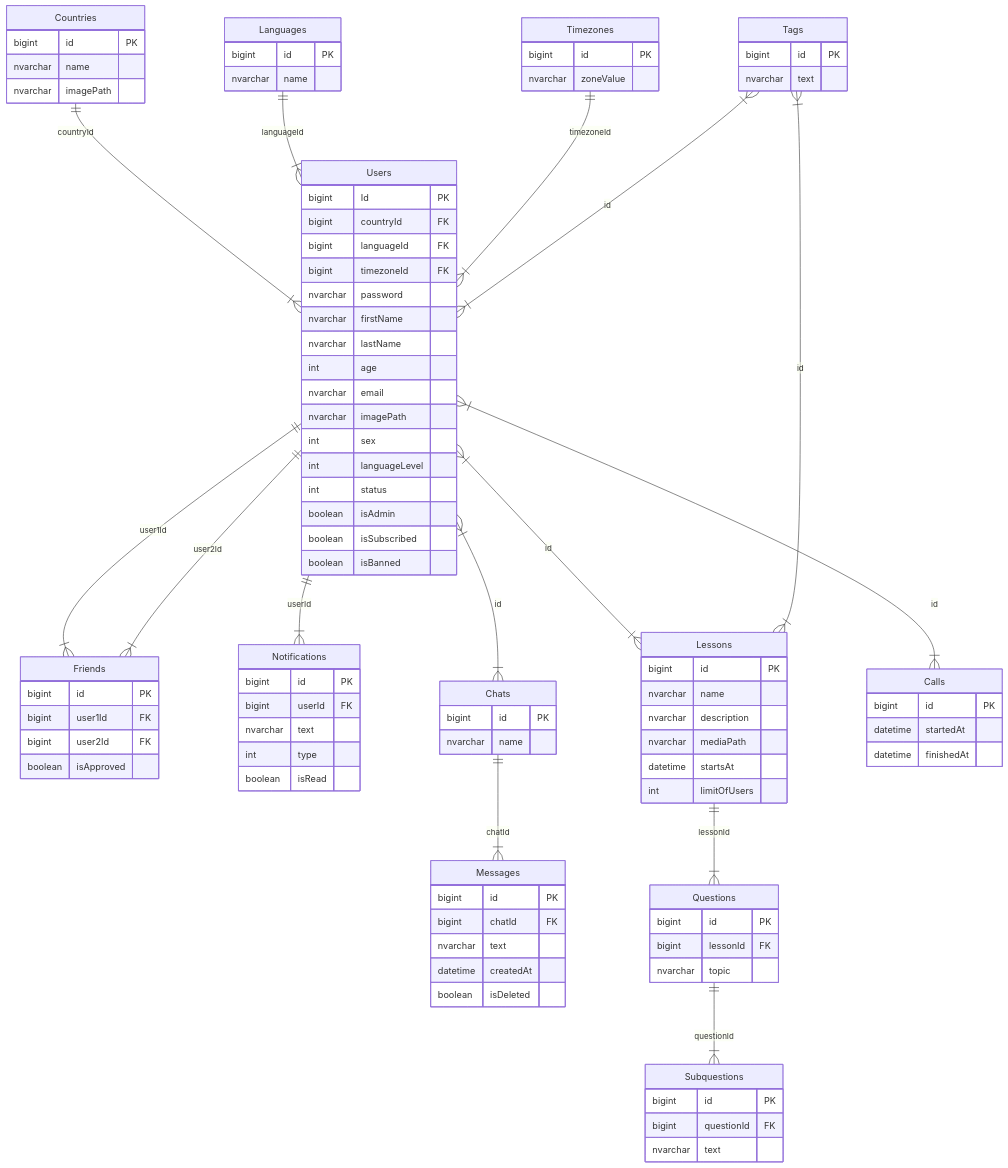
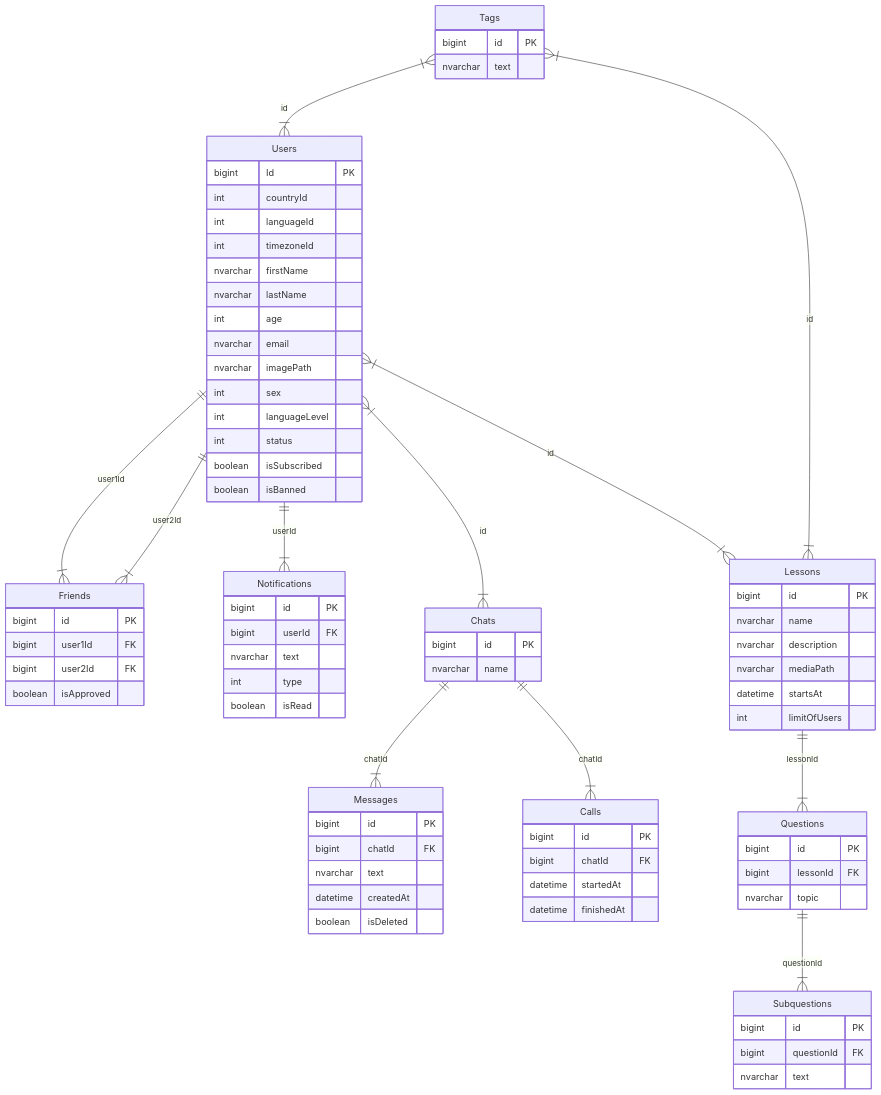
One commit to BinaryStudioAcademy/bsa-winter-2022-2023-easyspeak changed the diagram in README.md. Above: the diagram before and after it, drawn with Mermaid.

Commit message:
Schema updated: countries, timezones, languages tables deleted; password and isAdmin fields are deleted from user table; connections in calls with chat created

```diff
--- a/README.md
+++ b/README.md
@@ -41,14 +41,12 @@
   Users ||--|{ Notifications : userId
   Users }|--|{ Chats : id
   Users }|--|{ Lessons : id
-  Users }|--|{ Calls : id
 
   Users {
     bigint Id PK
-    bigint countryId FK
-    bigint languageId FK
-    bigint timezoneId FK
-    nvarchar password
+    int countryId
+    int languageId
+    int timezoneId
     nvarchar firstName
     nvarchar lastName
     int age
@@ -57,7 +55,6 @@
     int sex
     int languageLevel
     int status
-    boolean isAdmin
     boolean isSubscribed
     boolean isBanned
   }
@@ -84,6 +81,7 @@
   }
 
   Chats ||--|{ Messages : chatId
+  Chats ||--|{ Calls : chatId
   Chats {
     bigint id PK
     nvarchar name
@@ -101,28 +99,10 @@
 
   Calls {
     bigint id PK
+    bigint chatId FK
     datetime startedAt
     datetime finishedAt
   }
-
-  Countries ||--|{ Users : countryId
-  Countries {
-    bigint id PK
-    nvarchar name 
-    nvarchar imagePath
-  }
-
-  Languages ||--|{ Users : languageId
-  Languages {
-    bigint id PK
-    nvarchar name
-  }
-
-  Timezones ||--|{ Users : timezoneId
-  Timezones {
-    bigint id PK
-    nvarchar zoneValue
-  } 
 
   Tags }|--|{ Users : id
   Tags }|--|{ Lessons : id
```
